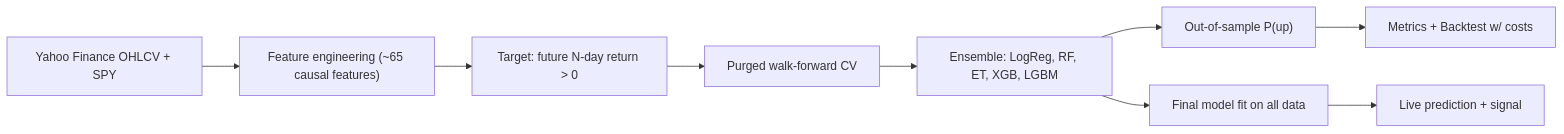
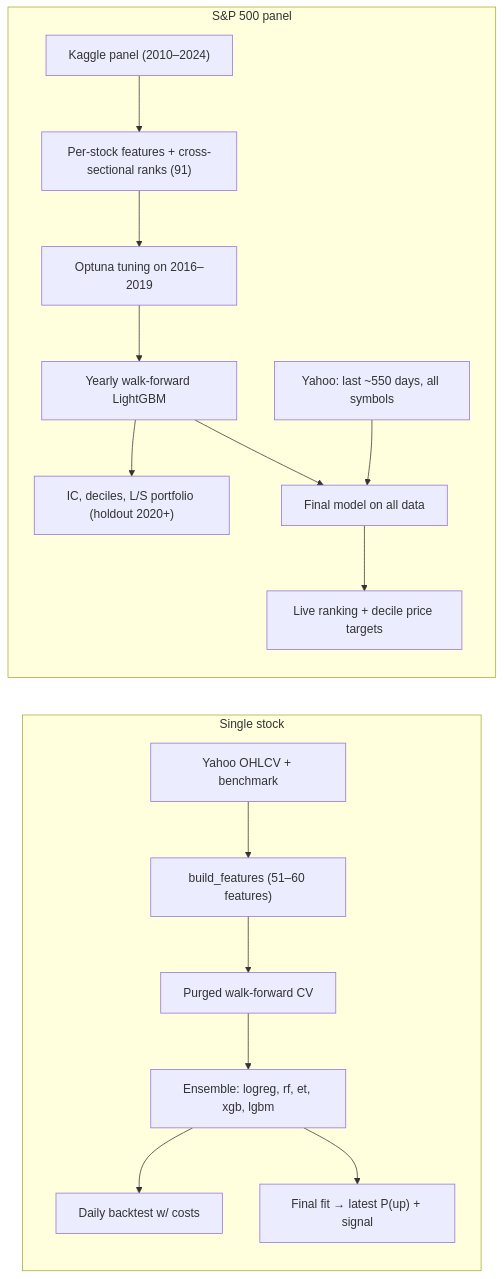
Before and after one commit to ShibilAhamed701212/stock-prediction-lgbm-ensemble: the diagram in README.md, drawn with Mermaid. The commit also changed other lines of this file and 15 other files, not shown here.

````diff
--- a/README.md
+++ b/README.md
@@ -68,11 +31,19 @@
 ```mermaid
 flowchart LR
-    A["Yahoo Finance OHLCV + SPY"] --> B["Feature engineering (~65 causal features)"]
-    B --> C["Target: future N-day return > 0"]
-    C --> D["Purged walk-forward CV"]
-    D --> E["Ensemble: LogReg, RF, ET, XGB, LGBM"]
-    E --> F["Out-of-sample P(up)"]
-    F --> G["Metrics + Backtest w/ costs"]
-    E --> H["Final model fit on all data"]
-    H --> I["Live prediction + signal"]
+    subgraph Single stock
+      Y["Yahoo OHLCV + benchmark"] --> F1["build_features (51–60 features)"]
+      F1 --> WF["Purged walk-forward CV"]
+      WF --> EN["Ensemble: logreg, rf, et, xgb, lgbm"]
+      EN --> BT1["Daily backtest w/ costs"]
+      EN --> P1["Final fit → latest P(up) + signal"]
+    end
+    subgraph S&P 500 panel
+      K["Kaggle panel (2010–2024)"] --> F2["Per-stock features + cross-sectional ranks (91)"]
+      F2 --> T["Optuna tuning on 2016–2019"]
+      T --> YF["Yearly walk-forward LightGBM"]
+      YF --> EV["IC, deciles, L/S portfolio (holdout 2020+)"]
+      YF --> FM["Final model on all data"]
+      YL["Yahoo: last ~550 days, all symbols"] --> FM
+      FM --> R["Live ranking + decile price targets"]
+    end
 ```
````
